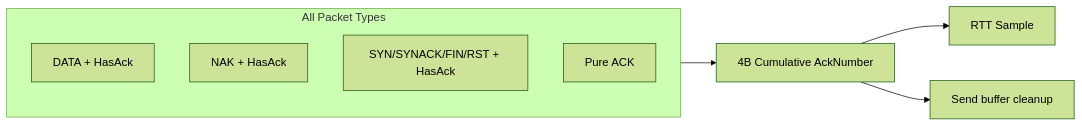
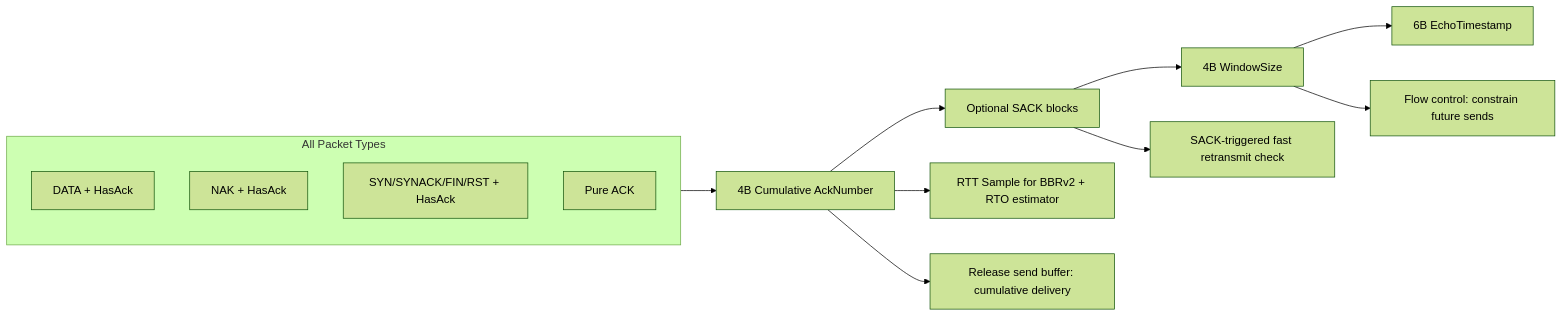
The second of 9 diagrams in docs/protocol.md (liulilittle/ucp), drawn with Mermaid (forest theme) before and after one commit. The commit also changed other lines of this file and 17 other files, not shown here.

````diff
--- a/docs/protocol.md
+++ b/docs/protocol.md
@@ -58,13 +86,19 @@
 ```mermaid
 flowchart LR
     subgraph All[All Packet Types]
         Data[DATA + HasAck]
         NAK[NAK + HasAck]
         Control[SYN/SYNACK/FIN/RST + HasAck]
         Pure[Pure ACK]
     end
 
     All --> AckField[4B Cumulative AckNumber]
-    AckField --> RTT[RTT Sample]
-    AckField --> Progress[Send buffer cleanup]
+    AckField --> SACK[Optional SACK blocks]
+    SACK --> Window[4B WindowSize]
+    Window --> Echo[6B EchoTimestamp]
+
+    AckField --> RTT[RTT Sample for BBRv2 + RTO estimator]
+    AckField --> Progress[Release send buffer: cumulative delivery]
+    SACK --> Recovery[SACK-triggered fast retransmit check]
+    Window --> Flow[Flow control: constrain future sends]
 ```
````
